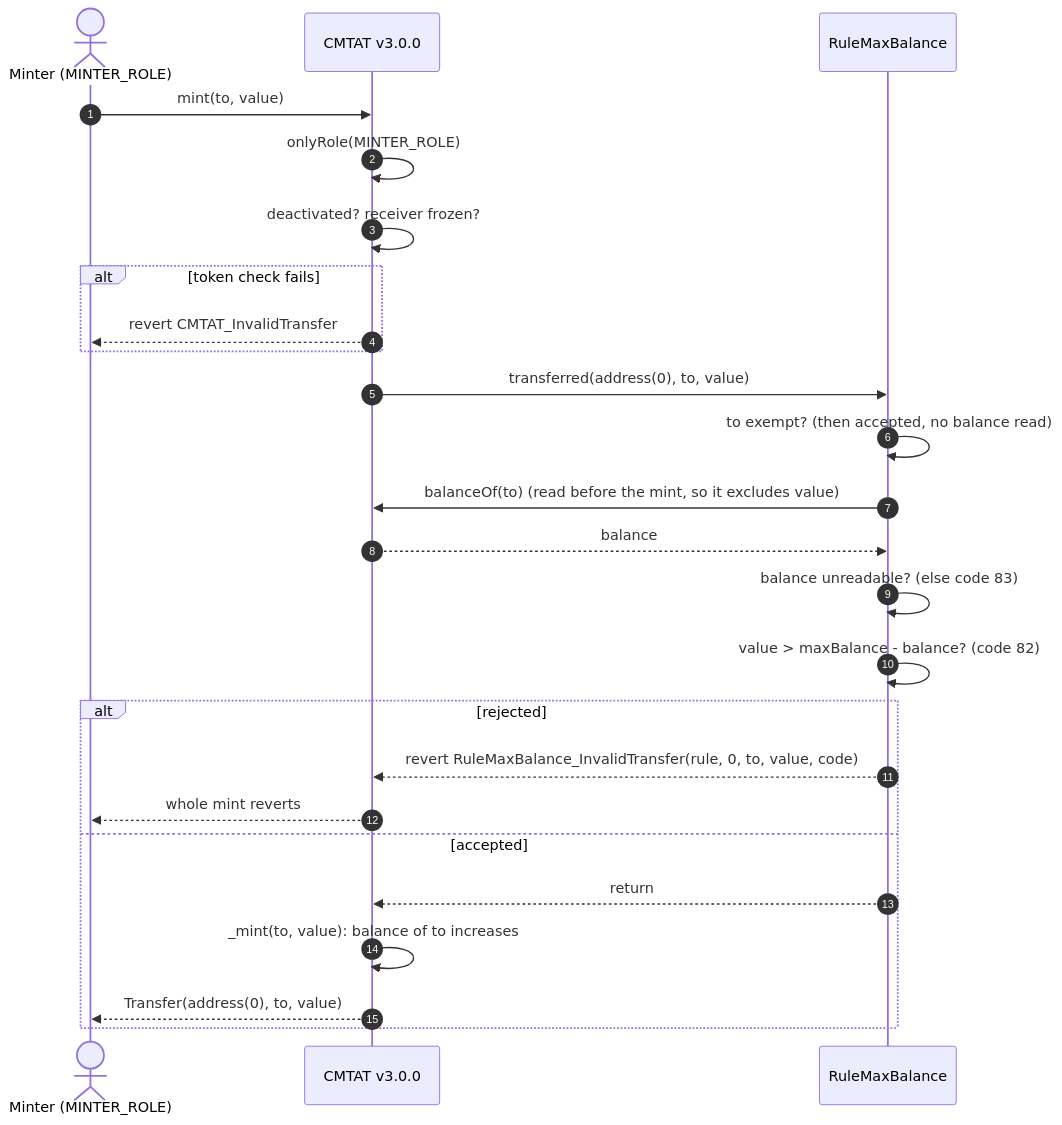
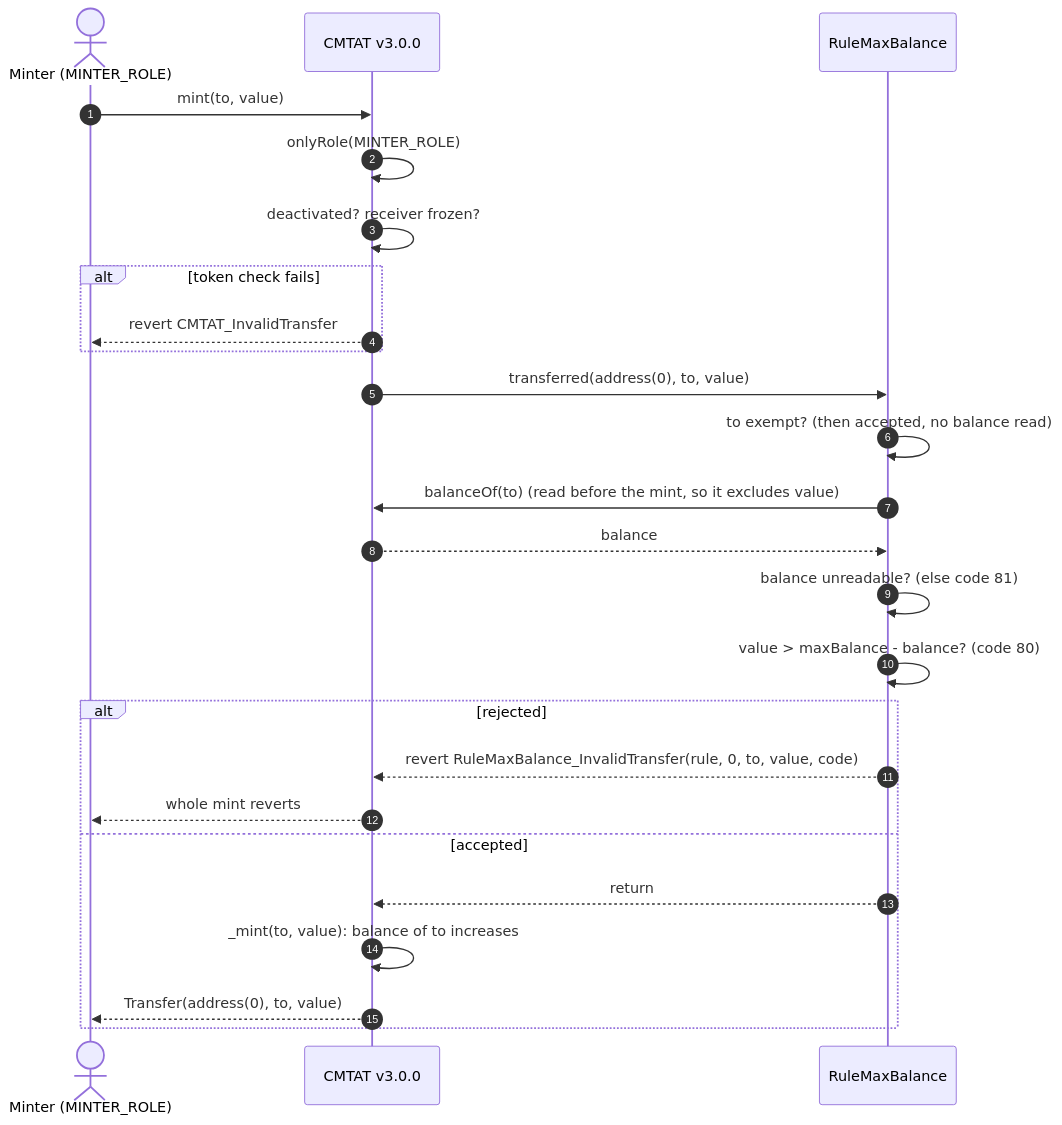
The fourth of 10 diagrams in doc/technical/guides/DEPLOY_RULE_MAX_BALANCE_CMTAT_V3.0.0.md (CMTA/Rules), drawn with Mermaid before and after one commit. The commit also changed other lines of this file and 280 other files, not shown here.

Commit message:
refactor: renumber RuleReceiverWhitelist (81 → 90) and RuleMaxBalance (82/83 → 80/81) so each rule keeps reserved restriction codes

````diff
--- a/doc/technical/guides/DEPLOY_RULE_MAX_BALANCE_CMTAT_V3.0.0.md
+++ b/doc/technical/guides/DEPLOY_RULE_MAX_BALANCE_CMTAT_V3.0.0.md
@@ -199,28 +199,28 @@
 ```mermaid
 sequenceDiagram
     autonumber
     actor Minter as Minter (MINTER_ROLE)
     participant Token as CMTAT v3.0.0
     participant Rule as RuleMaxBalance
 
     Minter->>Token: mint(to, value)
     Token->>Token: onlyRole(MINTER_ROLE)
     Token->>Token: deactivated? receiver frozen?
     alt token check fails
         Token-->>Minter: revert CMTAT_InvalidTransfer
     end
     Token->>Rule: transferred(address(0), to, value)
     Rule->>Rule: to exempt? (then accepted, no balance read)
     Rule->>Token: balanceOf(to) (read before the mint, so it excludes value)
     Token-->>Rule: balance
-    Rule->>Rule: balance unreadable? (else code 83)
-    Rule->>Rule: value > maxBalance - balance? (code 82)
+    Rule->>Rule: balance unreadable? (else code 81)
+    Rule->>Rule: value > maxBalance - balance? (code 80)
     alt rejected
         Rule-->>Token: revert RuleMaxBalance_InvalidTransfer(rule, 0, to, value, code)
         Token-->>Minter: whole mint reverts
     else accepted
         Rule-->>Token: return
         Token->>Token: _mint(to, value): balance of to increases
         Token-->>Minter: Transfer(address(0), to, value)
     end
 ```
````
